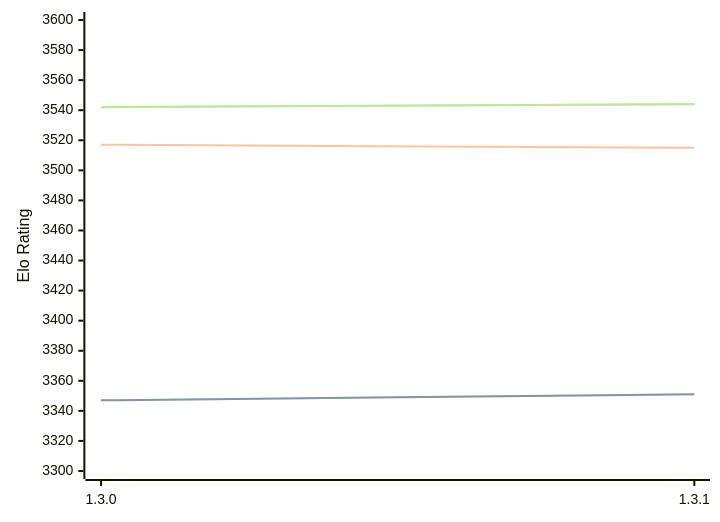
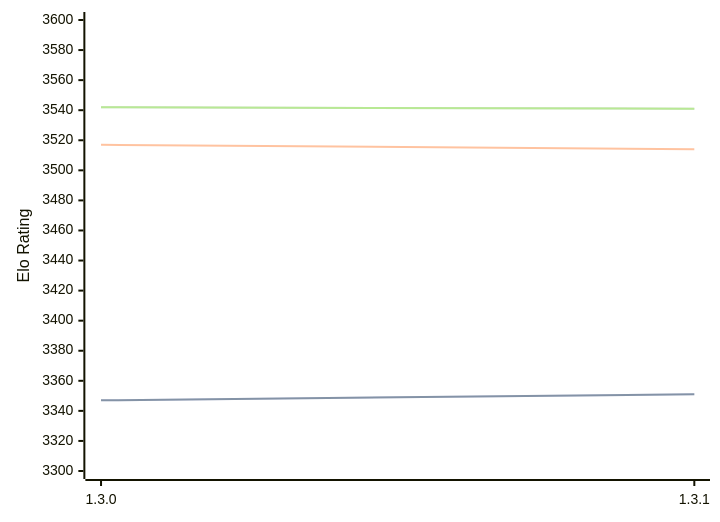
Before and after one commit to computer-chess-index/cci: the diagram in engines/Renegade.md, drawn with Mermaid. The commit also changed other lines of this file, not shown here.

Commit message:
Update CCI Ratings (ELO VLTC) - 2026-09-12

````diff
--- a/engines/Renegade.md
+++ b/engines/Renegade.md
@@ -33,11 +33,11 @@
 ```mermaid
 %%{init: {"theme":"base","themeVariables":{"seriesColors:['#a3a3a3','#222221','#faa371']}}}%%
 xychart-beta
   x-axis ["1.3.0", "1.3.1"]
   y-axis "Elo Rating" 3300 --> 3600
   line "" [3347, 3351]
   line "STC (8.0+0.08s)" [3347, 3351]
-  line "LTC (60.0+0.60s)" [3517, 3515]
-  line "" [3542, 3544]
-  line "VLTC (2m24s+1.12s)" [3542, 3544]
+  line "LTC (60.0+0.60s)" [3517, 3514]
+  line "" [3542, 3541]
+  line "VLTC (2m24s+1.12s)" [3542, 3541]
 ```
````
